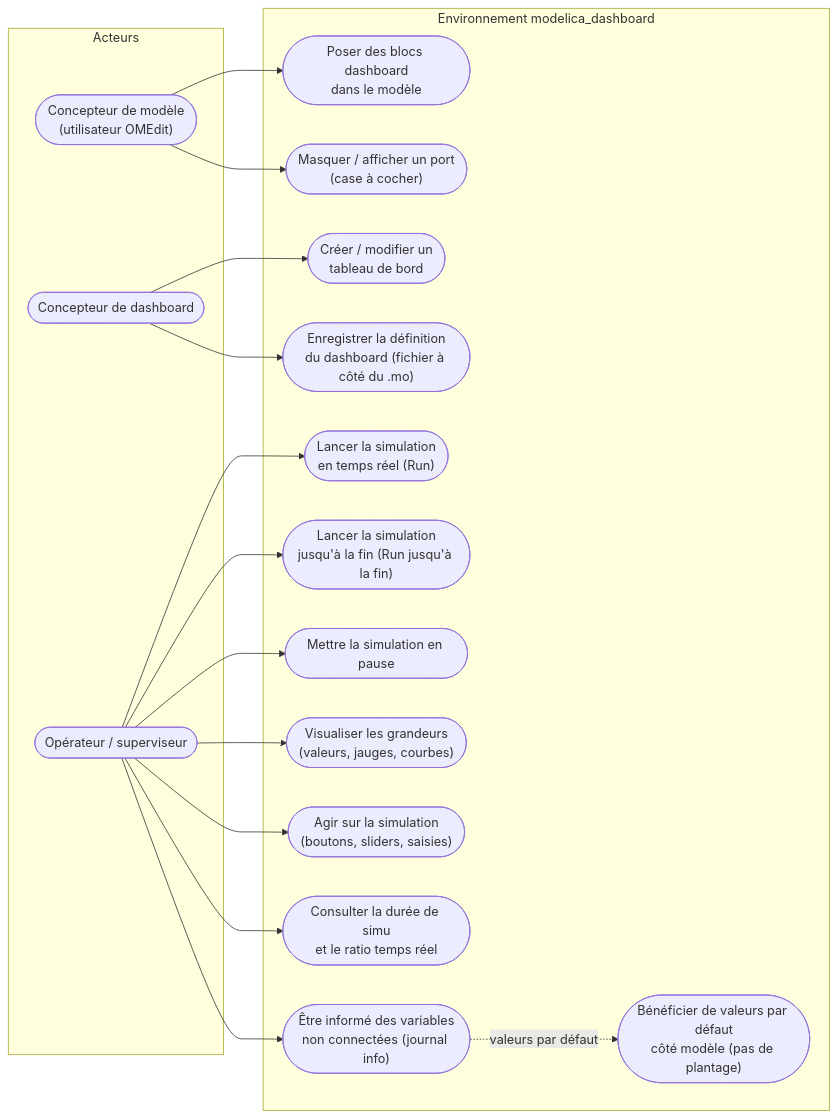
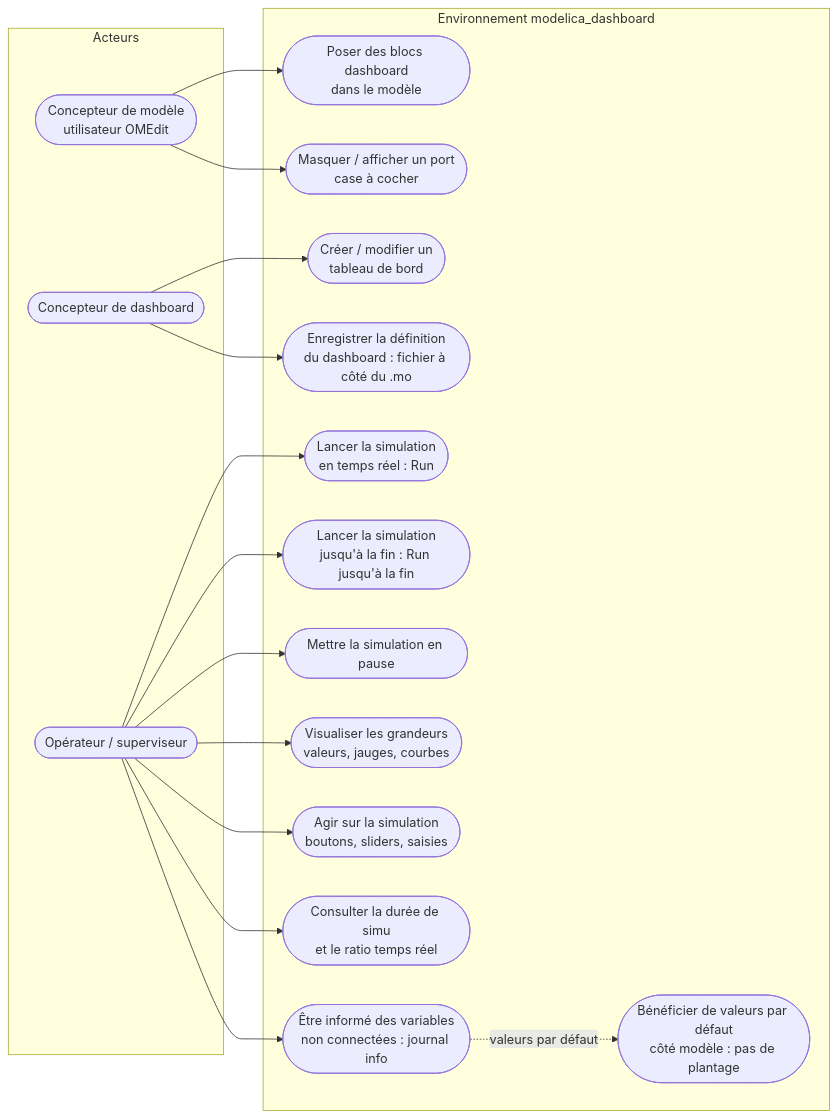
Before and after one commit to bdelaup/modelica_dashboard: the second of 2 diagrams in docs/besoin.md, drawn with Mermaid. The commit also changed other lines of this file, not shown here.

First line of the commit message:
Fix Mermaid diagrams: use flowchart (requirementDiagram unsupported by bundled Mermaid 12)

````diff
--- a/docs/besoin.md
+++ b/docs/besoin.md
@@ -180,36 +122,36 @@
 ```mermaid
 flowchart LR
     subgraph acteurs["Acteurs"]
-        U1(["Concepteur de modèle<br/>(utilisateur OMEdit)"])
+        U1(["Concepteur de modèle<br/>utilisateur OMEdit"])
         U2(["Concepteur de dashboard"])
         U3(["Opérateur / superviseur"])
     end
 
     subgraph env["Environnement modelica_dashboard"]
         UC1(["Poser des blocs dashboard<br/>dans le modèle"])
-        UC2(["Masquer / afficher un port<br/>(case à cocher)"])
+        UC2(["Masquer / afficher un port<br/>case à cocher"])
         UC3(["Créer / modifier un<br/>tableau de bord"])
-        UC4(["Enregistrer la définition<br/>du dashboard (fichier à côté du .mo)"])
-        UC5(["Lancer la simulation<br/>en temps réel (Run)"])
-        UC6(["Lancer la simulation<br/>jusqu'à la fin (Run jusqu'à la fin)"])
+        UC4(["Enregistrer la définition<br/>du dashboard : fichier à côté du .mo"])
+        UC5(["Lancer la simulation<br/>en temps réel : Run"])
+        UC6(["Lancer la simulation<br/>jusqu'à la fin : Run jusqu'à la fin"])
         UC7(["Mettre la simulation en pause"])
-        UC8(["Visualiser les grandeurs<br/>(valeurs, jauges, courbes)"])
-        UC9(["Agir sur la simulation<br/>(boutons, sliders, saisies)"])
+        UC8(["Visualiser les grandeurs<br/>valeurs, jauges, courbes"])
+        UC9(["Agir sur la simulation<br/>boutons, sliders, saisies"])
         UC10(["Consulter la durée de simu<br/>et le ratio temps réel"])
-        UC11(["Être informé des variables<br/>non connectées (journal info)"])
-        UC12(["Bénéficier de valeurs par défaut<br/>côté modèle (pas de plantage)"])
+        UC11(["Être informé des variables<br/>non connectées : journal info"])
+        UC12(["Bénéficier de valeurs par défaut<br/>côté modèle : pas de plantage"])
     end
 
     U1 --> UC1
     U1 --> UC2
     U2 --> UC3
     U2 --> UC4
     U3 --> UC5
     U3 --> UC6
     U3 --> UC7
     U3 --> UC8
     U3 --> UC9
     U3 --> UC10
     U3 --> UC11
-    UC11 -.->|valeurs par défaut| UC12
+    UC11 -. valeurs par défaut .-> UC12
 ```
````
